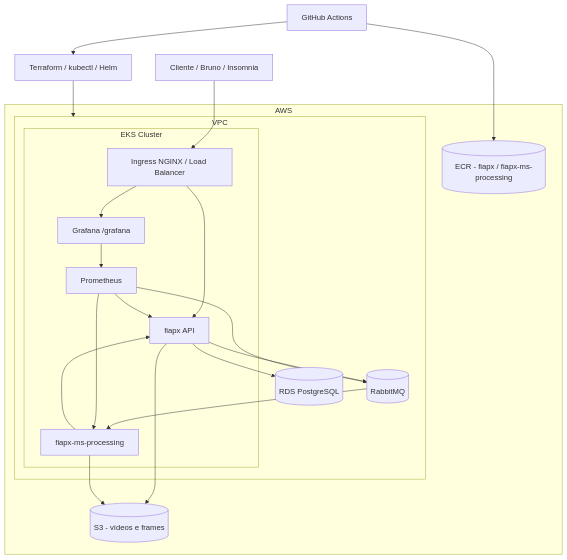
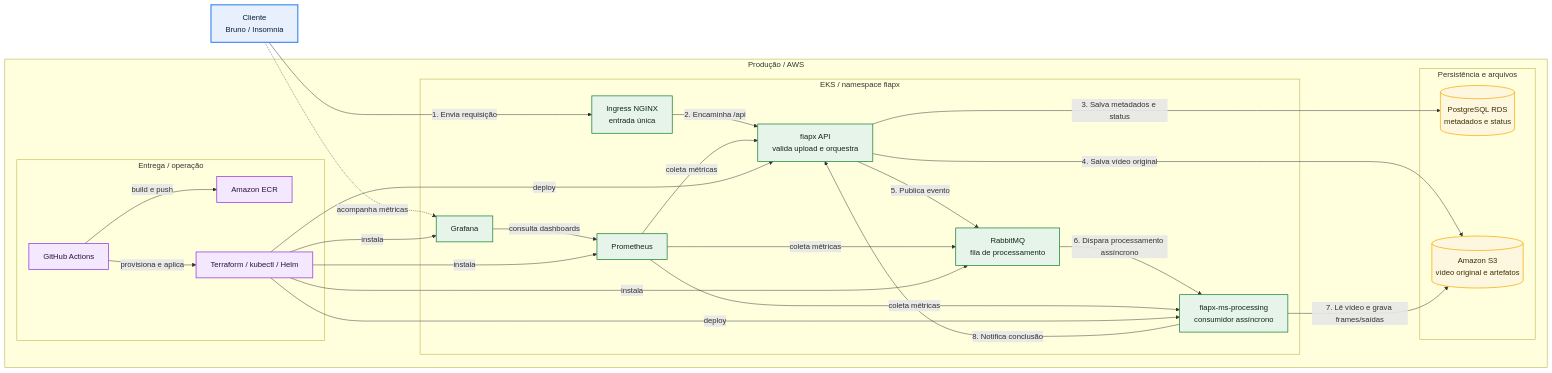
The diagram in architecture.mmd (group-240/fiapx-infra), drawn with Mermaid before and after one commit. The commit also changed 2 other files, not shown here.

```diff
--- a/architecture.mmd
+++ b/architecture.mmd
@@ -1,38 +1,59 @@
-flowchart TD
-    USER[Cliente / Bruno / Insomnia] --> LB[Ingress NGINX / Load Balancer]
+flowchart LR
+    classDef actor fill:#E8F0FE,stroke:#1A73E8,color:#0B1F33,stroke-width:2px;
+    classDef service fill:#E6F4EA,stroke:#188038,color:#102A12,stroke-width:1.5px;
+    classDef data fill:#FEF7E0,stroke:#F9AB00,color:#3C2F00,stroke-width:1.5px;
+    classDef ops fill:#F3E8FD,stroke:#9334E6,color:#2A123C,stroke-width:1.5px;
 
-    LB --> API[fiapx API]
-    LB --> GRAFANA[Grafana /grafana]
+    USER[Cliente<br/>Bruno / Insomnia]
 
-    API --> RABBIT[(RabbitMQ)]
-    API --> S3[(S3 - vídeos e frames)]
-    API --> RDS[(RDS PostgreSQL)]
+    subgraph PROD["Produção / AWS"]
+        subgraph RUNTIME["EKS / namespace fiapx"]
+            INGRESS[Ingress NGINX<br/>entrada única]
+            API[fiapx API<br/>valida upload e orquestra]
+            MQ[RabbitMQ<br/>fila de processamento]
+            WORKER[fiapx-ms-processing<br/>consumidor assíncrono]
+            PROM[Prometheus]
+            GRAF[Grafana]
+        end
 
-    RABBIT --> WORKER[fiapx-ms-processing]
-    WORKER --> S3
-    WORKER --> API
+        subgraph DATA["Persistência e arquivos"]
+            RDS[(PostgreSQL RDS<br/>metadados e status)]
+            S3[(Amazon S3<br/>vídeo original e artefatos)]
+        end
 
-    PROM[Prometheus] --> API
-    PROM --> WORKER
-    PROM --> RABBIT
-    GRAFANA --> PROM
-
-    subgraph AWS["AWS"]
-      subgraph VPC["VPC"]
-        subgraph EKS["EKS Cluster"]
-          LB
-          API
-          WORKER
-          PROM
-          GRAFANA
+        subgraph DELIVERY["Entrega / operação"]
+            GH[GitHub Actions]
+            ECR[Amazon ECR]
+            OPS[Terraform / kubectl / Helm]
         end
-        RABBIT
-        RDS
-      end
-      S3
-      ECR[(ECR - fiapx / fiapx-ms-processing)]
     end
 
-    GH[GitHub Actions] --> TF[Terraform / kubectl / Helm]
-    GH --> ECR
-    TF --> EKS
+    USER -->|1. Envia requisição| INGRESS
+    USER -. acompanha métricas .-> GRAF
+
+    INGRESS -->|2. Encaminha /api| API
+    API -->|3. Salva metadados e status| RDS
+    API -->|4. Salva vídeo original| S3
+    API -->|5. Publica evento| MQ
+
+    MQ -->|6. Dispara processamento assíncrono| WORKER
+    WORKER -->|7. Lê vídeo e grava frames/saídas| S3
+    WORKER -->|8. Notifica conclusão| API
+
+    PROM -->|coleta métricas| API
+    PROM -->|coleta métricas| WORKER
+    PROM -->|coleta métricas| MQ
+    GRAF -->|consulta dashboards| PROM
+
+    GH -->|build e push| ECR
+    GH -->|provisiona e aplica| OPS
+    OPS -->|deploy| API
+    OPS -->|deploy| WORKER
+    OPS -->|instala| MQ
+    OPS -->|instala| PROM
+    OPS -->|instala| GRAF
+
+    class USER actor;
+    class INGRESS,API,MQ,WORKER,PROM,GRAF service;
+    class RDS,S3 data;
+    class GH,ECR,OPS ops;
```
